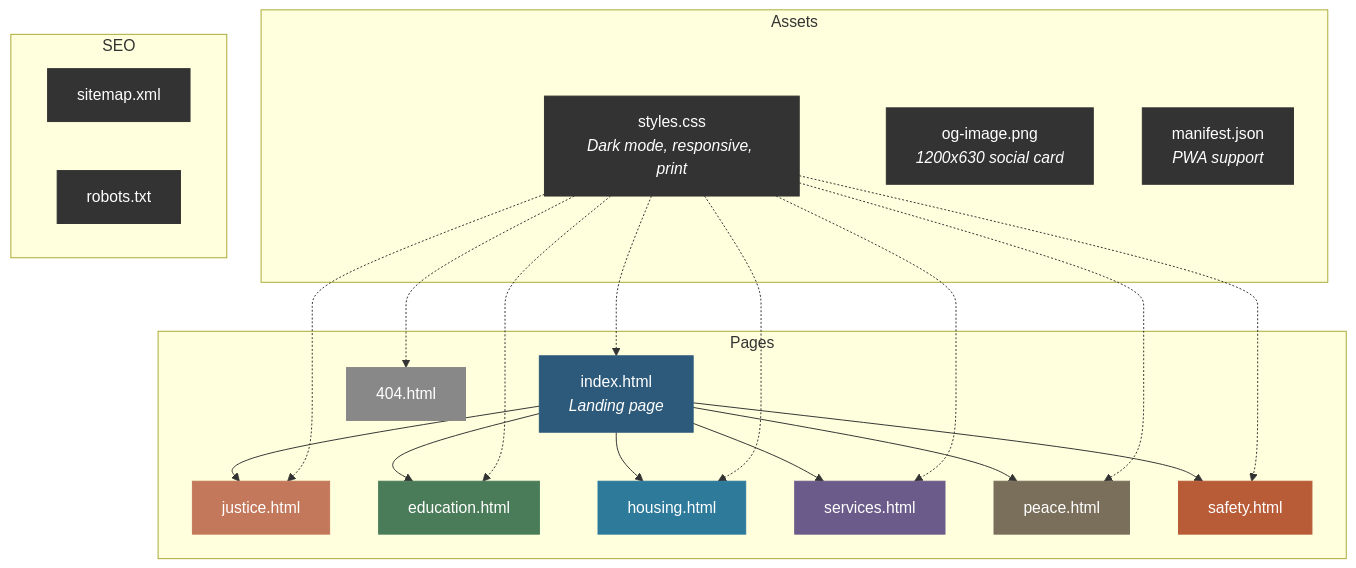
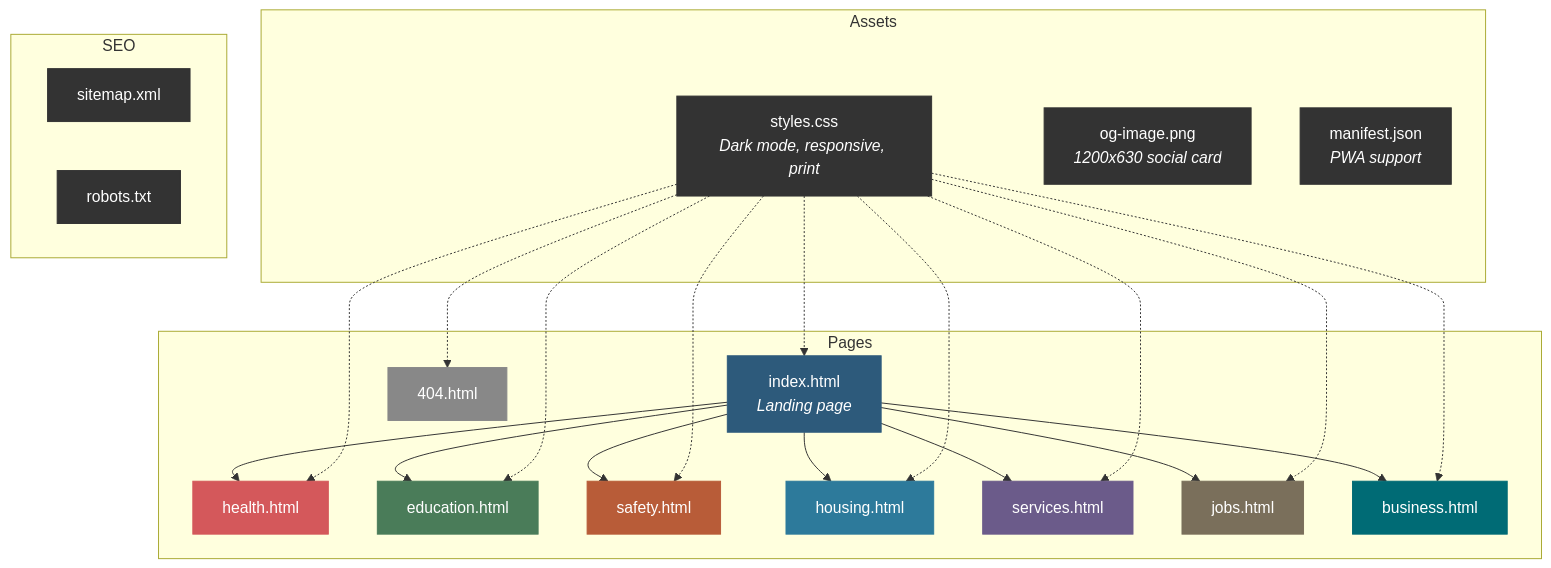
The sixth of 6 diagrams in README.md (dougdevitre/access-to), drawn with Mermaid before and after one commit. The commit also changed other lines of this file and 19 other files, not shown here.

````diff
--- a/README.md
+++ b/README.md
@@ -401,41 +411,43 @@
 ```mermaid
 graph TD
     subgraph Pages
         IDX[index.html<br/><i>Landing page</i>]
-        J[justice.html]
+        HE[health.html]
         E[education.html]
+        SF[safety.html]
         HO[housing.html]
         S[services.html]
-        P[peace.html]
-        SF[safety.html]
+        JO[jobs.html]
+        BI[business.html]
         ERR[404.html]
     end
 
     subgraph Assets
         CSS[styles.css<br/><i>Dark mode, responsive, print</i>]
         OG[og-image.png<br/><i>1200x630 social card</i>]
         MF[manifest.json<br/><i>PWA support</i>]
     end
 
     subgraph SEO
         SM[sitemap.xml]
         RB[robots.txt]
     end
 
-    IDX --> J & E & HO & S & P & SF
-    CSS -.-> IDX & J & E & HO & S & P & SF & ERR
+    IDX --> HE & E & SF & HO & S & JO & BI
+    CSS -.-> IDX & HE & E & SF & HO & S & JO & BI & ERR
 
     style IDX fill:#2D5A7B,stroke:#2D5A7B,color:#fff
-    style J fill:#C4785B,stroke:#C4785B,color:#fff
+    style HE fill:#D4585B,stroke:#D4585B,color:#fff
     style E fill:#4A7C59,stroke:#4A7C59,color:#fff
+    style SF fill:#B85C38,stroke:#B85C38,color:#fff
     style HO fill:#2D7A9B,stroke:#2D7A9B,color:#fff
     style S fill:#6B5B8A,stroke:#6B5B8A,color:#fff
-    style P fill:#7A6F5B,stroke:#7A6F5B,color:#fff
-    style SF fill:#B85C38,stroke:#B85C38,color:#fff
+    style JO fill:#7A6F5B,stroke:#7A6F5B,color:#fff
+    style BI fill:#006b75,stroke:#006b75,color:#fff
     style ERR fill:#888,stroke:#888,color:#fff
     style CSS fill:#333,stroke:#333,color:#fff
     style OG fill:#333,stroke:#333,color:#fff
     style MF fill:#333,stroke:#333,color:#fff
     style SM fill:#333,stroke:#333,color:#fff
     style RB fill:#333,stroke:#333,color:#fff
 ```
````
